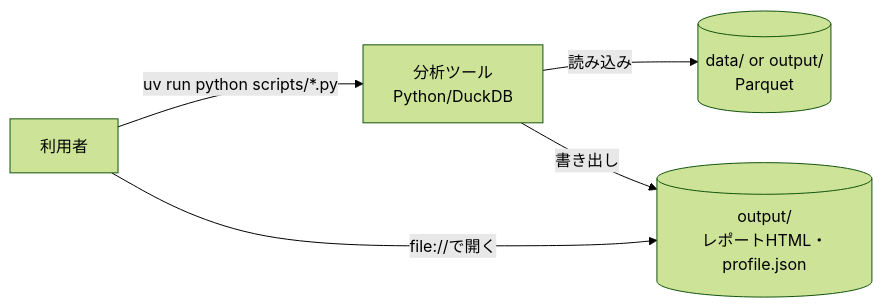
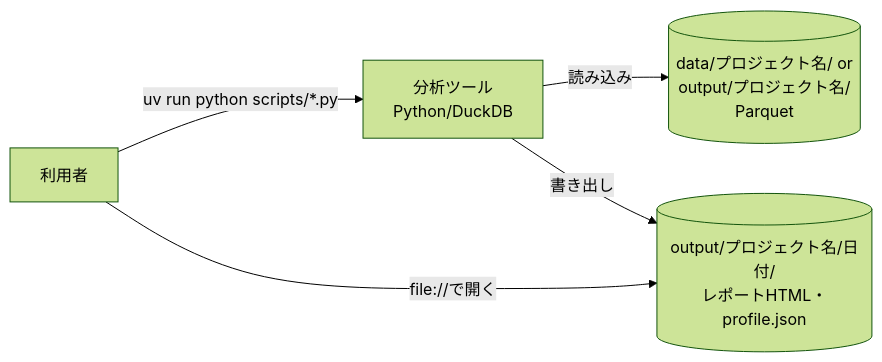
One commit to mukumuyi/AnalyseTool changed the second of 5 diagrams in docs/functional-design.md. Above: the diagram before and after it, drawn with Mermaid (forest theme). The commit also changed other lines of this file and 3 other files, not shown here.

````diff
--- a/docs/functional-design.md
+++ b/docs/functional-design.md
@@ -29,7 +29,7 @@
 ```mermaid
 flowchart LR
     U[利用者] -->|"uv run python scripts/*.py"| S[分析ツール<br/>Python/DuckDB]
-    S -->|読み込み| P[(data/ or output/<br/>Parquet)]
-    S -->|書き出し| O[(output/<br/>レポートHTML・profile.json)]
+    S -->|読み込み| P[(data/プロジェクト名/ or<br/>output/プロジェクト名/<br/>Parquet)]
+    S -->|書き出し| O[(output/プロジェクト名/日付/<br/>レポートHTML・profile.json)]
     U -->|file://で開く| O
 ```
````
